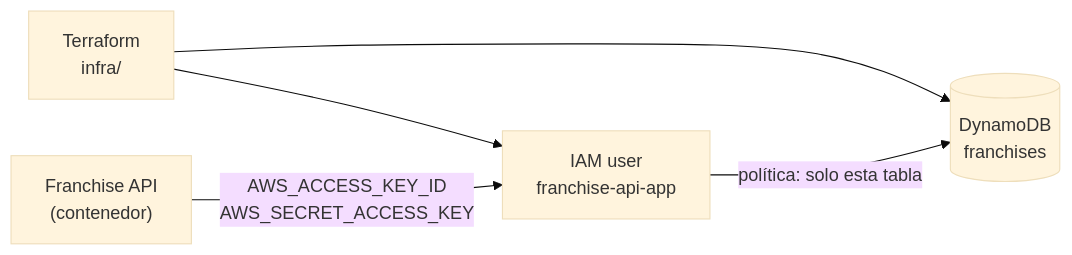
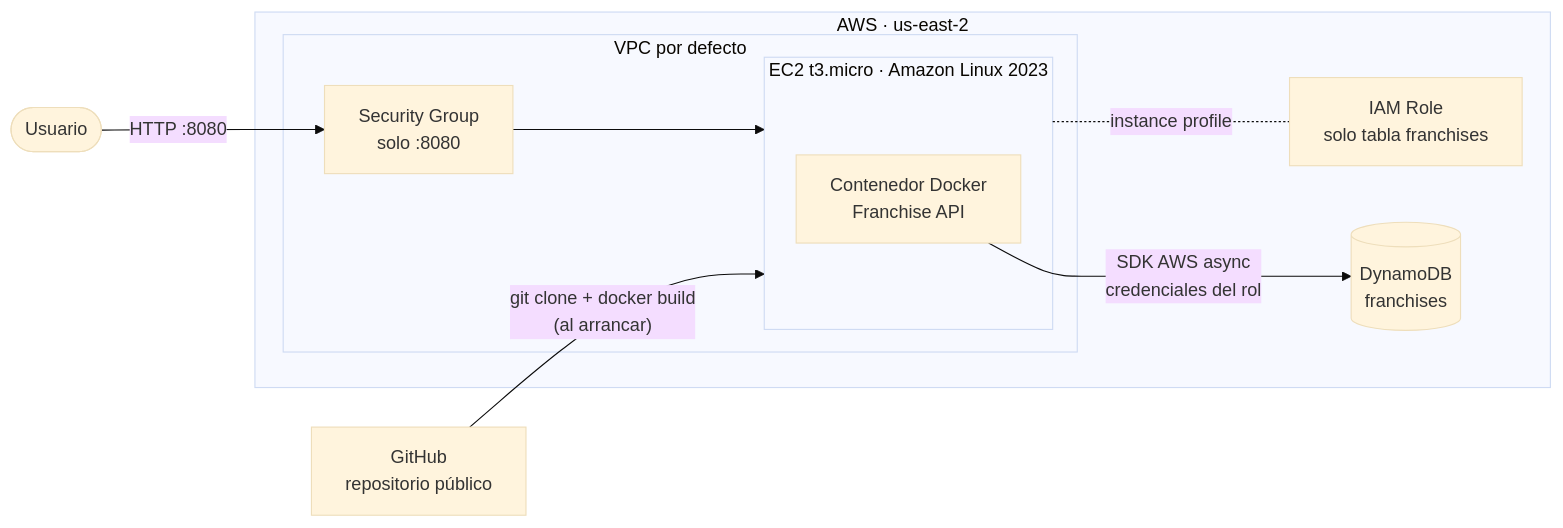
Before and after one commit to jesuscriss301/acenture-prueba-tecnica: the eighth of 9 diagrams in README.md, drawn with Mermaid (base theme). The commit also changed other lines of this file and 4 other files, not shown here.

````diff
--- a/README.md
+++ b/README.md
@@ -474,7 +475,19 @@
 ```mermaid
 flowchart LR
-    TF["Terraform<br/>infra/"] --> T[("DynamoDB<br/>franchises")]
-    TF --> U["IAM user<br/>franchise-api-app"]
-    U -- "política: solo esta tabla" --> T
-    API["Franchise API<br/>(contenedor)"] -- "AWS_ACCESS_KEY_ID<br/>AWS_SECRET_ACCESS_KEY" --> U
+    U(["Usuario"]) -- "HTTP :8080" --> SG
+
+    subgraph AWS["AWS · us-east-2"]
+        subgraph VPC["VPC por defecto"]
+            SG["Security Group<br/>solo :8080"] --> EC2
+            subgraph EC2["EC2 t3.micro · Amazon Linux 2023"]
+                C["Contenedor Docker<br/>Franchise API"]
+            end
+        end
+        ROLE["IAM Role<br/>solo tabla franchises"]
+        DB[("DynamoDB<br/>franchises")]
+    end
+
+    GH["GitHub<br/>repositorio público"] -- "git clone + docker build<br/>(al arrancar)" --> EC2
+    EC2 -. "instance profile" .- ROLE
+    C -- "SDK AWS async<br/>credenciales del rol" --> DB
 ```
````
